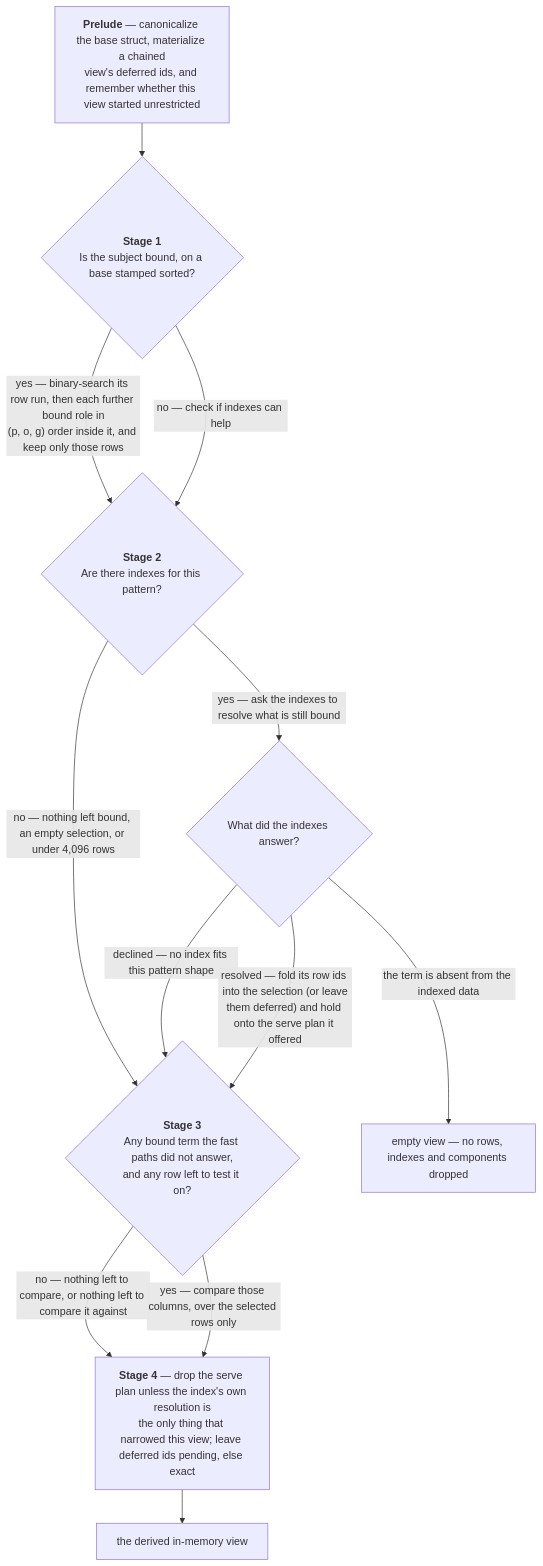
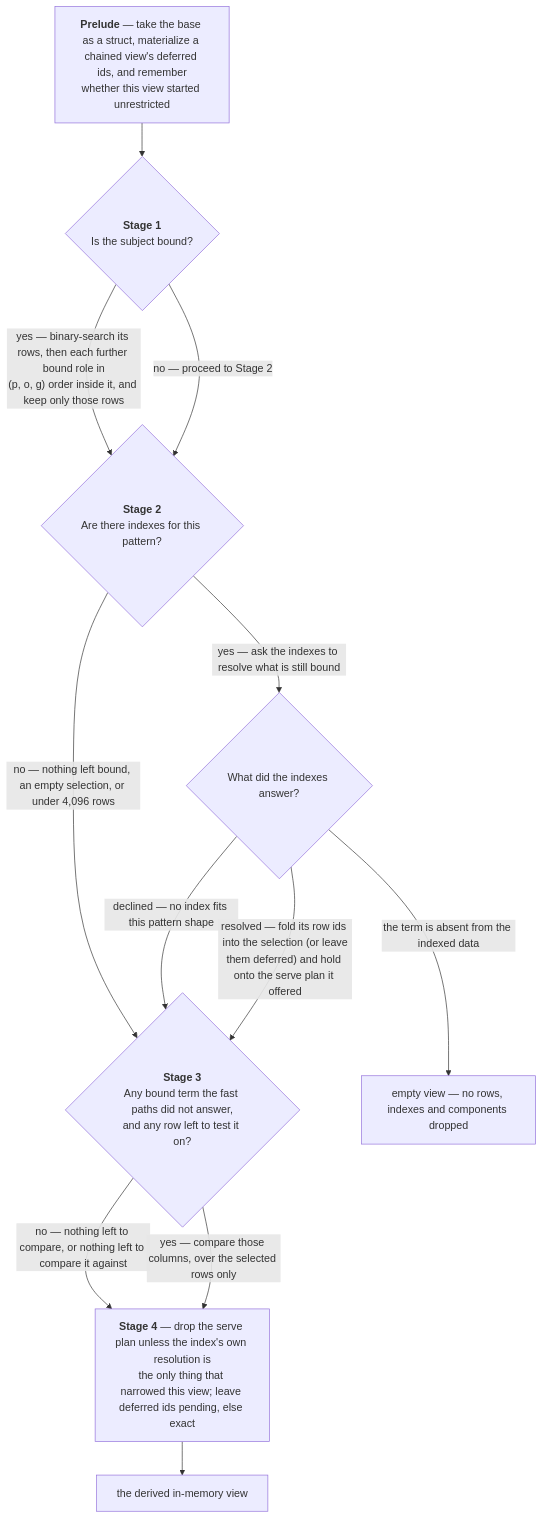
One commit to julianrojas87/vortex-rdf changed the third of 5 diagrams in docs/matching.md. Above: the diagram before and after it, drawn with Mermaid. The commit also changed other lines of this file and 1 other file, not shown here.

````diff
--- a/docs/matching.md
+++ b/docs/matching.md
@@ -158,25 +231,25 @@
 ```mermaid
 flowchart TD
-    S0["<b>Prelude</b> — canonicalize the base struct, materialize a chained<br/>view's deferred ids, and remember whether this view started unrestricted"] --> S1
+    S0["<b>Prelude</b> — take the base as a struct, materialize a chained view's deferred ids, and remember<br/>whether this view started unrestricted"] --> S1
 
-    S1{"<b>Stage 1</b><br/>Is the subject bound, on a base stamped sorted?"}
-    S1 -- "yes — binary-search its row run, then each further bound role in<br/>(p, o, g) order inside it, and keep only those rows" --> S2
-    S1 -- "no — check if indexes can help" --> S2
+    S1{"<b>Stage 1</b><br/>Is the subject bound?"}
+    S1 -- "yes — binary-search its rows, then each further bound role in<br/>(p, o, g) order inside it, and keep only those rows" --> S2
+    S1 -- "no — proceed to Stage 2" --> S2
 
     S2{"<b>Stage 2</b><br/>Are there indexes for this pattern?<br/>"}
     S2 -- "no — nothing left bound, an empty selection, or under 4,096 rows" --> S3
     S2 -- "yes — ask the indexes to resolve what is still bound" --> S2r
 
     S2r{"What did the indexes answer?"}
     S2r -- "the term is absent from the indexed data" --> X
     S2r -- "declined — no index fits this pattern shape" --> S3
     S2r -- "resolved — fold its row ids into the selection (or leave<br/>them deferred) and hold onto the serve plan it offered" --> S3
 
     S3{"<b>Stage 3</b><br/>Any bound term the fast paths did not answer,<br/>and any row left to test it on?"}
     S3 -- "no — nothing left to compare, or nothing left to compare it against" --> S4
     S3 -- "yes — compare those columns, over the selected rows only" --> S4
 
     S4["<b>Stage 4</b> — drop the serve plan unless the index's own resolution is<br/>the only thing that narrowed this view; leave deferred ids pending, else exact"] --> S5["the derived in-memory view"]
 
     X["empty view — no rows, indexes and components dropped"]
 ```
````
